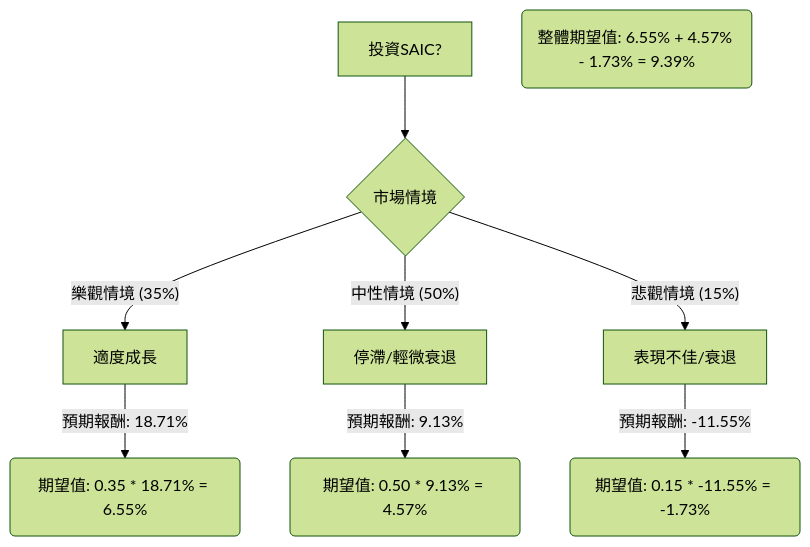
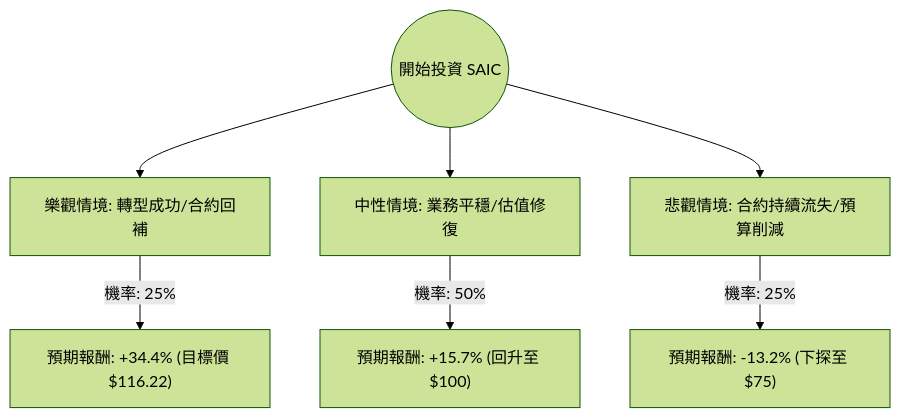
Before and after one commit to zmcx16/zmcx16.github.io: the diagram in plugin-react/ai-analysis/ev-analysis/SAIC.md, drawn with Mermaid (forest theme). The commit also changed other lines of this file and 95 other files, not shown here.

````diff
--- a/plugin-react/ai-analysis/ev-analysis/SAIC.md
+++ b/plugin-react/ai-analysis/ev-analysis/SAIC.md
@@ -17,11 +21,10 @@
 ```mermaid
 graph TD
-    A[投資SAIC?] --> B{市場情境};
-    B -- 樂觀情境 (35%) --> C[適度成長];
-    C -- 預期報酬: 18.71% --> C_EV(期望值: 0.35 * 18.71% = 6.55%);
-    B -- 中性情境 (50%) --> D[停滯/輕微衰退];
-    D -- 預期報酬: 9.13% --> D_EV(期望值: 0.50 * 9.13% = 4.57%);
-    B -- 悲觀情境 (15%) --> E[表現不佳/衰退];
-    E -- 預期報酬: -11.55% --> E_EV(期望值: 0.15 * -11.55% = -1.73%);
-    B_EV(整體期望值: 6.55% + 4.57% - 1.73% = 9.39%);
+    Start((開始投資 SAIC)) --> Bull[樂觀情境: 轉型成功/合約回補]
+    Start --> Base[中性情境: 業務平穩/估值修復]
+    Start --> Bear[悲觀情境: 合約持續流失/預算削減]
+
+    Bull -- "機率: 25%" --> BullRes["預期報酬: +34.4% (目標價 $116.22)"]
+    Base -- "機率: 50%" --> BaseRes["預期報酬: +15.7% (回升至 $100)"]
+    Bear -- "機率: 25%" --> BearRes["預期報酬: -13.2% (下探至 $75)"]
 ```
````
